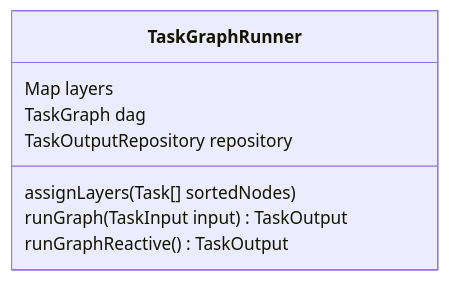
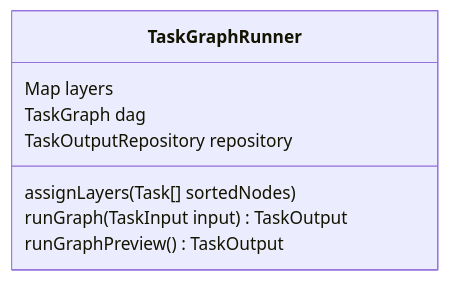
One commit to workglow-dev/workglow changed the fourth of 5 diagrams in docs/developers/02_architecture.md. Above: the diagram before and after it, drawn with Mermaid. The commit also changed other lines of this file and 10 other files, not shown here.

First line of the commit message:
docs: rewrite execution-model documentation for run/runPreview contract

````diff
--- a/docs/developers/02_architecture.md
+++ b/docs/developers/02_architecture.md
@@ -231,13 +231,13 @@
 ```mermaid
 classDiagram
 
   class TaskGraphRunner{
     Map<number, Task[]> layers
     TaskGraph dag
     TaskOutputRepository repository
     assignLayers(Task[] sortedNodes)
     runGraph(TaskInput input) TaskOutput
-    runGraphReactive() TaskOutput
+    runGraphPreview() TaskOutput
   }
 
 ```
````
